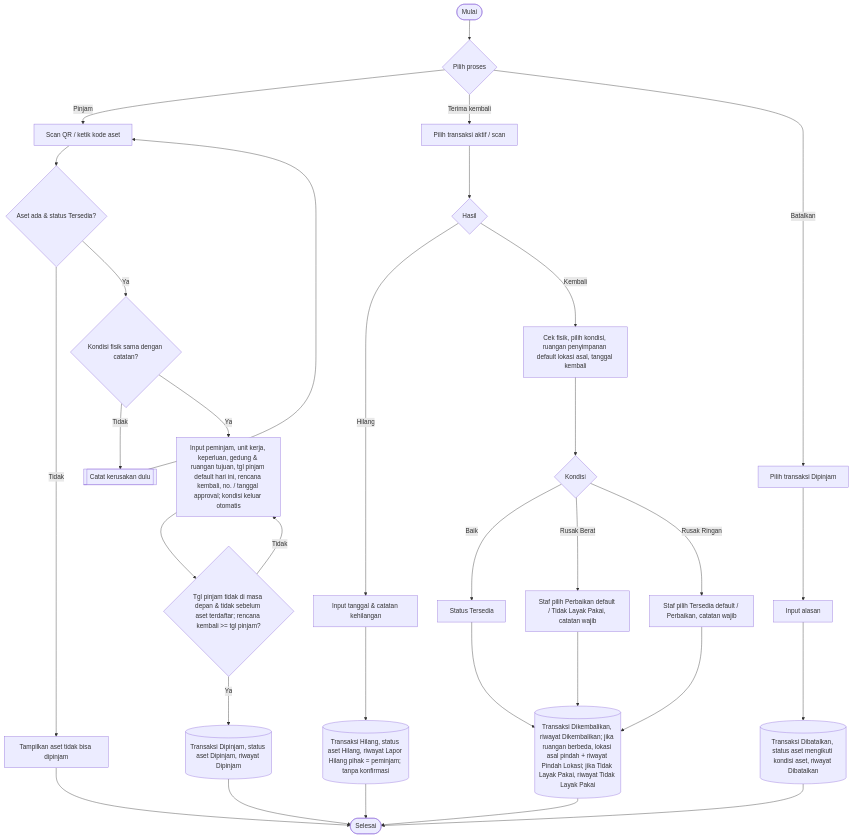
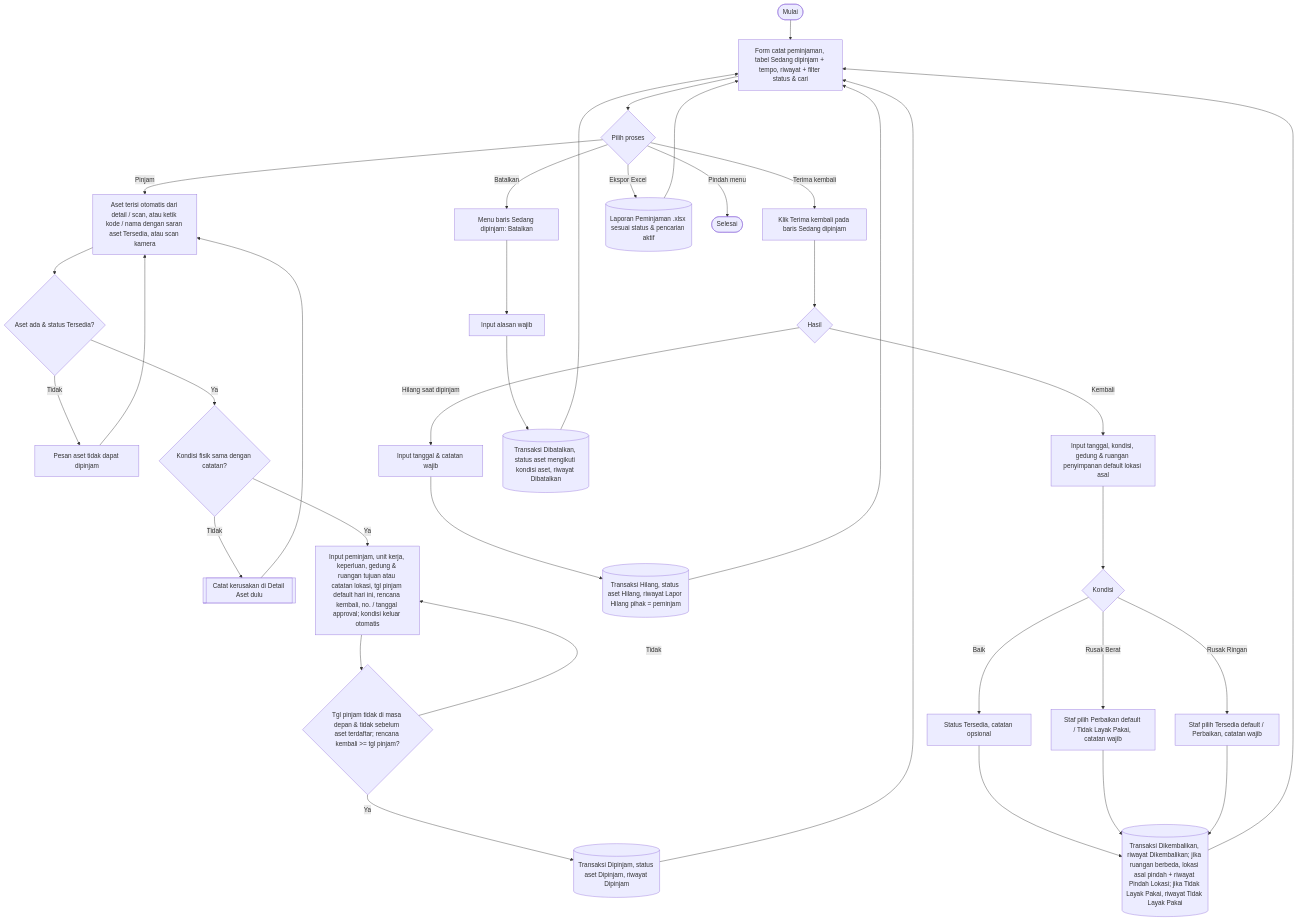
Before and after one commit to mrizqihidayat/system-tracking-asset: the fifth of 9 diagrams in docs/flowchart.md, drawn with Mermaid. The commit also changed other lines of this file and 49 other files, not shown here.

Commit message:
T26m dan flowchart terbaru

````diff
--- a/docs/flowchart.md
+++ b/docs/flowchart.md
@@ -124,29 +181,30 @@
 ```mermaid
 flowchart TD
-    A([Mulai]) --> B{Pilih proses}
+    A([Mulai]) --> B[Form catat peminjaman, tabel Sedang dipinjam + tempo, riwayat + filter status & cari]
+    B --> C{Pilih proses}
 
-    B -- Pinjam --> P1[Scan QR / ketik kode aset]
+    C -- Pinjam --> P1[Aset terisi otomatis dari detail / scan, atau ketik kode / nama dengan saran aset Tersedia, atau scan kamera]
     P1 --> P2{Aset ada & status Tersedia?}
-    P2 -- Tidak --> P3[Tampilkan aset tidak bisa dipinjam] --> Z
+    P2 -- Tidak --> P3[Pesan aset tidak dapat dipinjam] --> P1
     P2 -- Ya --> P3a{Kondisi fisik sama dengan catatan?}
-    P3a -- Tidak --> P3b[[Catat kerusakan dulu]] --> P1
-    P3a -- Ya --> P4[Input peminjam, unit kerja, keperluan, gedung & ruangan tujuan, tgl pinjam default hari ini, rencana kembali, no. / tanggal approval; kondisi keluar otomatis]
+    P3a -- Tidak --> P3b[[Catat kerusakan di Detail Aset dulu]] --> P1
+    P3a -- Ya --> P4[Input peminjam, unit kerja, keperluan, gedung & ruangan tujuan atau catatan lokasi, tgl pinjam default hari ini, rencana kembali, no. / tanggal approval; kondisi keluar otomatis]
     P4 --> P5{Tgl pinjam tidak di masa depan & tidak sebelum aset terdaftar; rencana kembali >= tgl pinjam?}
     P5 -- Tidak --> P4
-    P5 -- Ya --> P6[(Transaksi Dipinjam, status aset Dipinjam, riwayat Dipinjam)] --> Z
+    P5 -- Ya --> P6[(Transaksi Dipinjam, status aset Dipinjam, riwayat Dipinjam)] --> B
 
-    B -- Terima kembali --> R1[Pilih transaksi aktif / scan]
+    C -- Terima kembali --> R1[Klik Terima kembali pada baris Sedang dipinjam]
     R1 --> R1a{Hasil}
-    R1a -- Hilang --> H1[Input tanggal & catatan kehilangan] --> H2[(Transaksi Hilang, status aset Hilang, riwayat Lapor Hilang pihak = peminjam; tanpa konfirmasi)] --> Z
-    R1a -- Kembali --> R2[Cek fisik, pilih kondisi, ruangan penyimpanan default lokasi asal, tanggal kembali]
+    R1a -- Hilang saat dipinjam --> H1[Input tanggal & catatan wajib] --> H2[(Transaksi Hilang, status aset Hilang, riwayat Lapor Hilang pihak = peminjam)] --> B
+    R1a -- Kembali --> R2[Input tanggal, kondisi, gedung & ruangan penyimpanan default lokasi asal]
     R2 --> R3{Kondisi}
-    R3 -- Baik --> R4[Status Tersedia]
+    R3 -- Baik --> R4[Status Tersedia, catatan opsional]
+    R3 -- Rusak Ringan --> R6[Staf pilih Tersedia default / Perbaikan, catatan wajib]
     R3 -- Rusak Berat --> R5[Staf pilih Perbaikan default / Tidak Layak Pakai, catatan wajib]
-    R3 -- Rusak Ringan --> R6[Staf pilih Tersedia default / Perbaikan, catatan wajib]
-    R4 & R5 & R6 --> R10[(Transaksi Dikembalikan, riwayat Dikembalikan; jika ruangan berbeda, lokasi asal pindah + riwayat Pindah Lokasi; jika Tidak Layak Pakai, riwayat Tidak Layak Pakai)] --> Z
+    R4 & R5 & R6 --> R10[(Transaksi Dikembalikan, riwayat Dikembalikan; jika ruangan berbeda, lokasi asal pindah + riwayat Pindah Lokasi; jika Tidak Layak Pakai, riwayat Tidak Layak Pakai)] --> B
 
+    C -- Batalkan --> X1[Menu baris Sedang dipinjam: Batalkan] --> X2[Input alasan wajib] --> X3[(Transaksi Dibatalkan, status aset mengikuti kondisi aset, riwayat Dibatalkan)] --> B
 
-    B -- Batalkan --> X1[Pilih transaksi Dipinjam] --> X2[Input alasan] --> X3[(Transaksi Dibatalkan, status aset mengikuti kondisi aset, riwayat Dibatalkan)] --> Z
-
-    Z([Selesai])
+    C -- Ekspor Excel --> E1[(Laporan Peminjaman .xlsx sesuai status & pencarian aktif)] --> B
+    C -- Pindah menu --> Z([Selesai])
 ```
````
